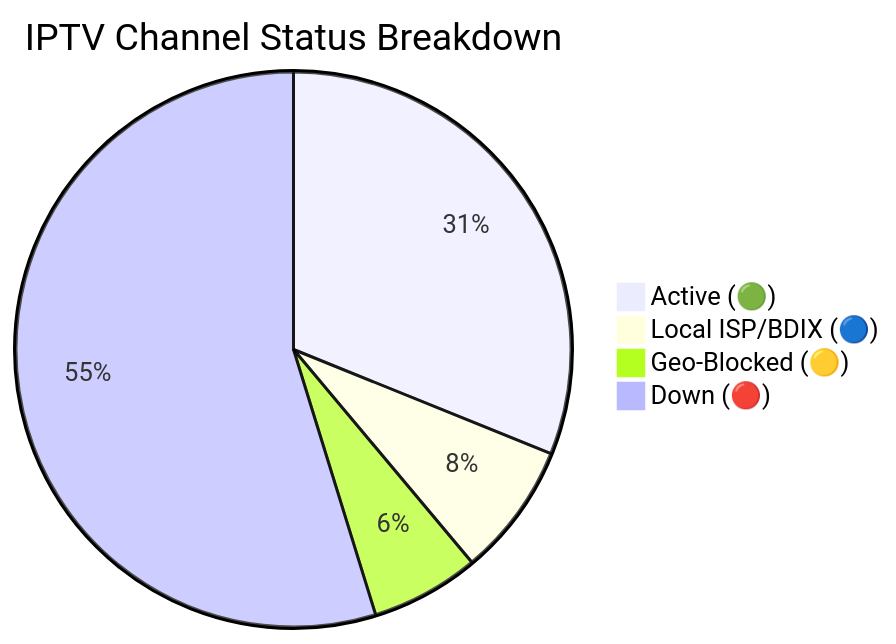
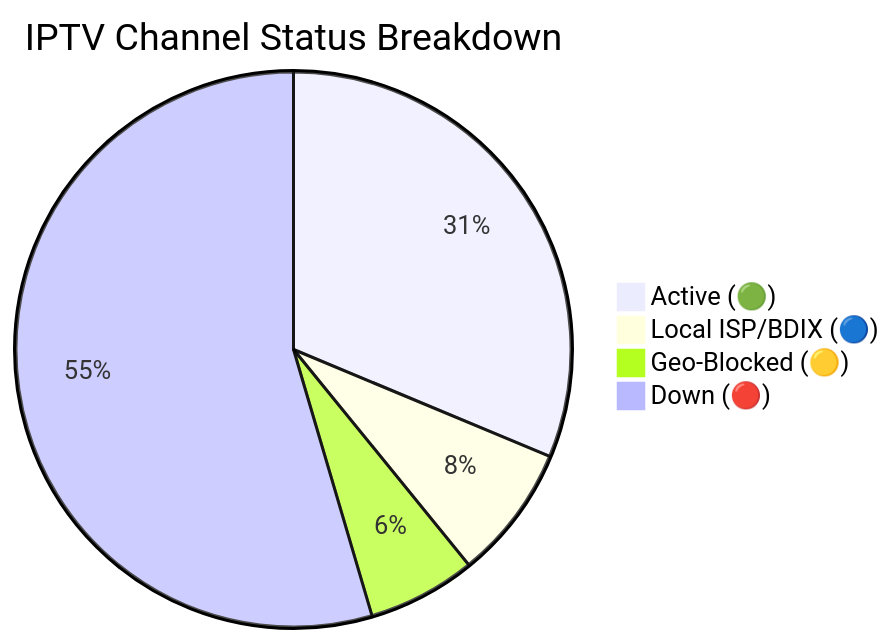
The diagram in README.md (Zaman-Topu/Ip-tv-Collection), drawn with Mermaid before and after one commit. The commit also changed other lines of this file and 6 other files, not shown here.

````diff
--- a/README.md
+++ b/README.md
@@ -95,7 +95,7 @@
 ```mermaid
 pie title IPTV Channel Status Breakdown
-    "Active (🟢)" : 10586
-    "Local ISP/BDIX (🔵)" : 2647
-    "Geo-Blocked (🟡)" : 2151
-    "Down (🔴)" : 18636
+    "Active (🟢)" : 10676
+    "Local ISP/BDIX (🔵)" : 2674
+    "Geo-Blocked (🟡)" : 2153
+    "Down (🔴)" : 18616
 ```
````
